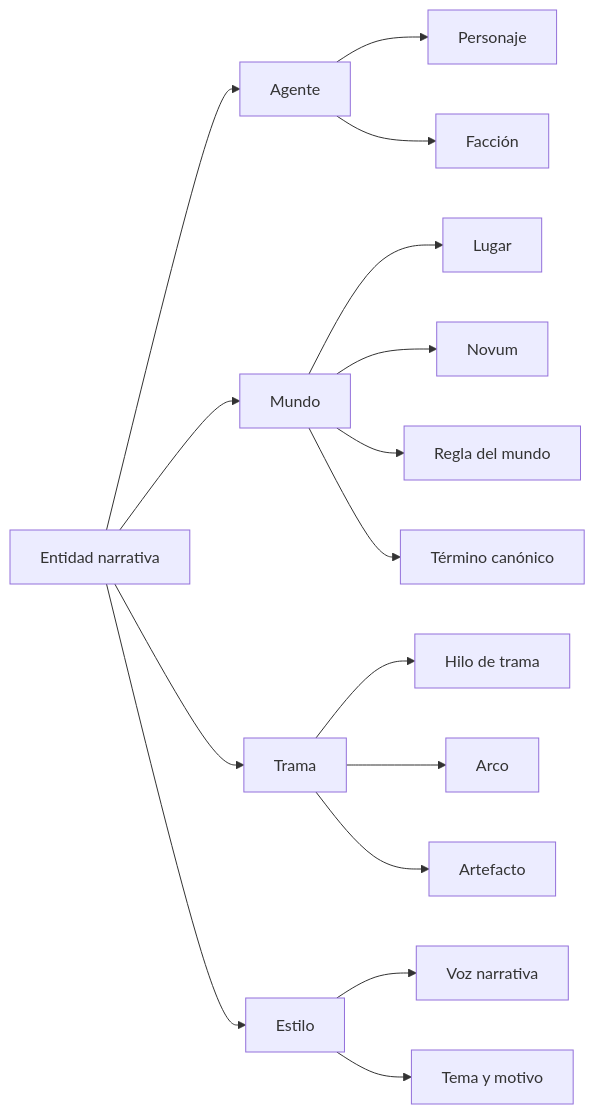
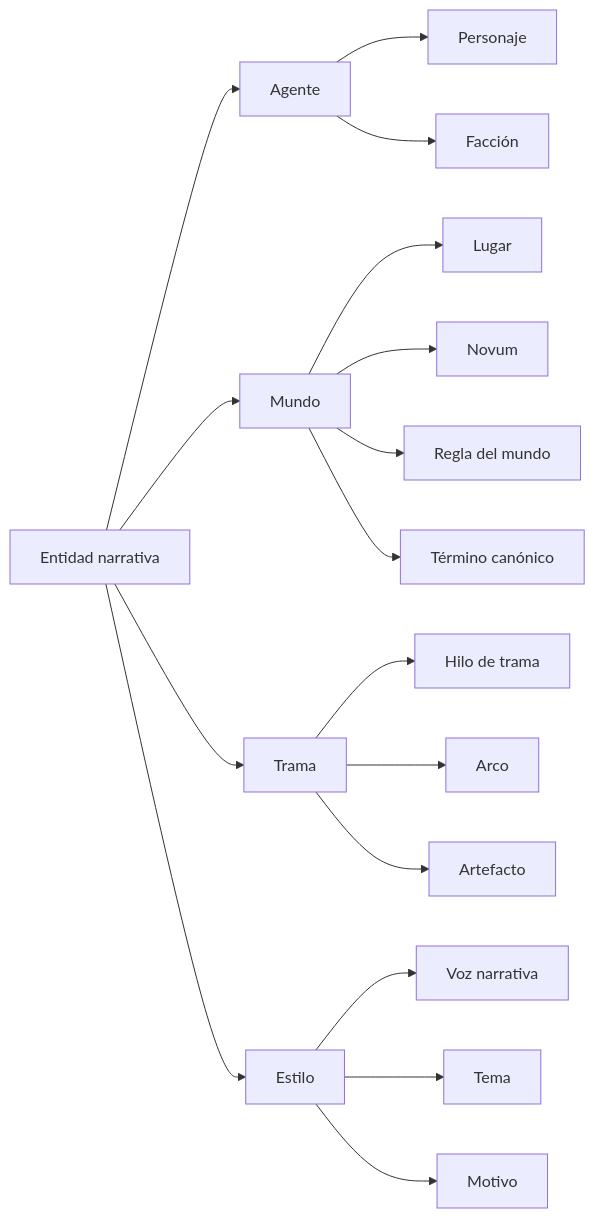
One commit to BrunoCrz3/MyStory changed the sixth of 20 diagrams in docs/domain-knowledge.md. Above: the diagram before and after it, drawn with Mermaid. The commit also changed other lines of this file and 1 other file, not shown here.

````diff
--- a/docs/domain-knowledge.md
+++ b/docs/domain-knowledge.md
@@ -96,18 +97,19 @@
 ```mermaid
 flowchart LR
   EN[Entidad narrativa] --> AG[Agente]
   EN --> MU[Mundo]
   EN --> TR[Trama]
   EN --> ES[Estilo]
   AG --> PJ[Personaje]
   AG --> FA[Facción]
   MU --> LU[Lugar]
   MU --> NO[Novum]
   MU --> RG[Regla del mundo]
   MU --> TC[Término canónico]
   TR --> HI[Hilo de trama]
   TR --> AR[Arco]
   TR --> AT[Artefacto]
   ES --> VN[Voz narrativa]
-  ES --> TM[Tema y motivo]
+  ES --> TM[Tema]
+  ES --> MT[Motivo]
 ```
````
